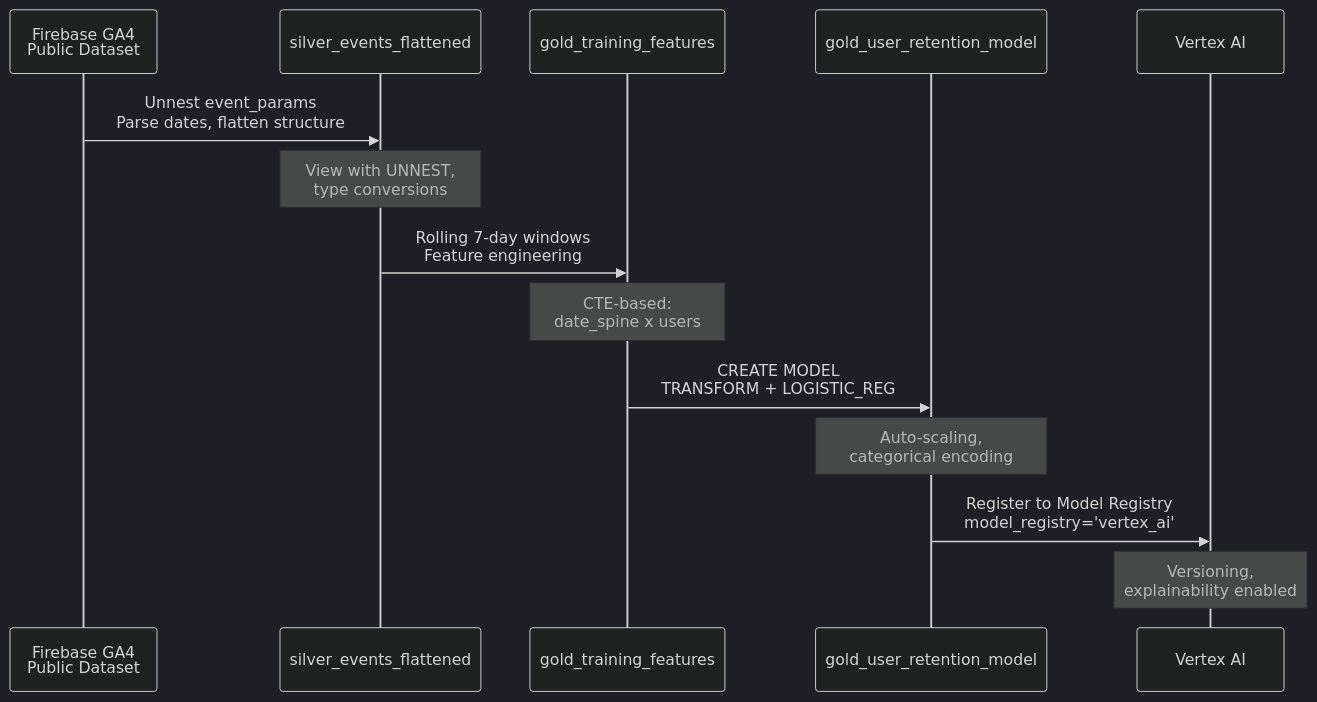
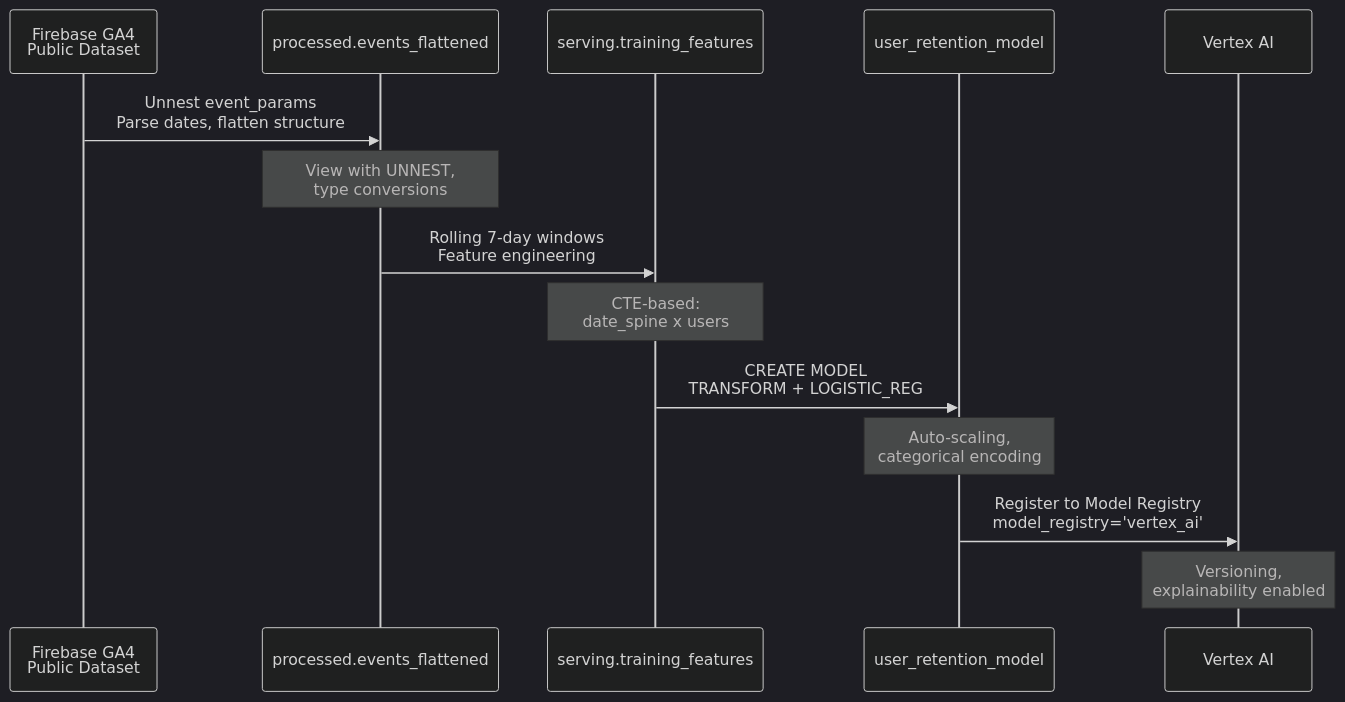
The second of 2 diagrams in docs/architecture.md (gCloud-Tech-Showcase/datacloud-churn-prediction), drawn with Mermaid (dark theme) before and after one commit. The commit also changed other lines of this file and 17 other files, not shown here.

First line of the commit message:
Restructure to datasets-per-stage (processed/serving)

````diff
--- a/docs/architecture.md
+++ b/docs/architecture.md
@@ -54,20 +54,20 @@
 ```mermaid
 sequenceDiagram
     participant GA4 as Firebase GA4<br/>Public Dataset
-    participant Silver as silver_events_flattened
-    participant Gold as gold_training_features
-    participant BQML as gold_user_retention_model
+    participant Processed as processed.events_flattened
+    participant Serving as serving.training_features
+    participant BQML as user_retention_model
     participant VA as Vertex AI
 
-    GA4->>Silver: Unnest event_params<br/>Parse dates, flatten structure
-    Note over Silver: View with UNNEST,<br/>type conversions
+    GA4->>Processed: Unnest event_params<br/>Parse dates, flatten structure
+    Note over Processed: View with UNNEST,<br/>type conversions
 
-    Silver->>Gold: Rolling 7-day windows<br/>Feature engineering
-    Note over Gold: CTE-based:<br/>date_spine x users
+    Processed->>Serving: Rolling 7-day windows<br/>Feature engineering
+    Note over Serving: CTE-based:<br/>date_spine x users
 
-    Gold->>BQML: CREATE MODEL<br/>TRANSFORM + LOGISTIC_REG
+    Serving->>BQML: CREATE MODEL<br/>TRANSFORM + LOGISTIC_REG
     Note over BQML: Auto-scaling,<br/>categorical encoding
 
     BQML->>VA: Register to Model Registry<br/>model_registry='vertex_ai'
     Note over VA: Versioning,<br/>explainability enabled
 ```
````
